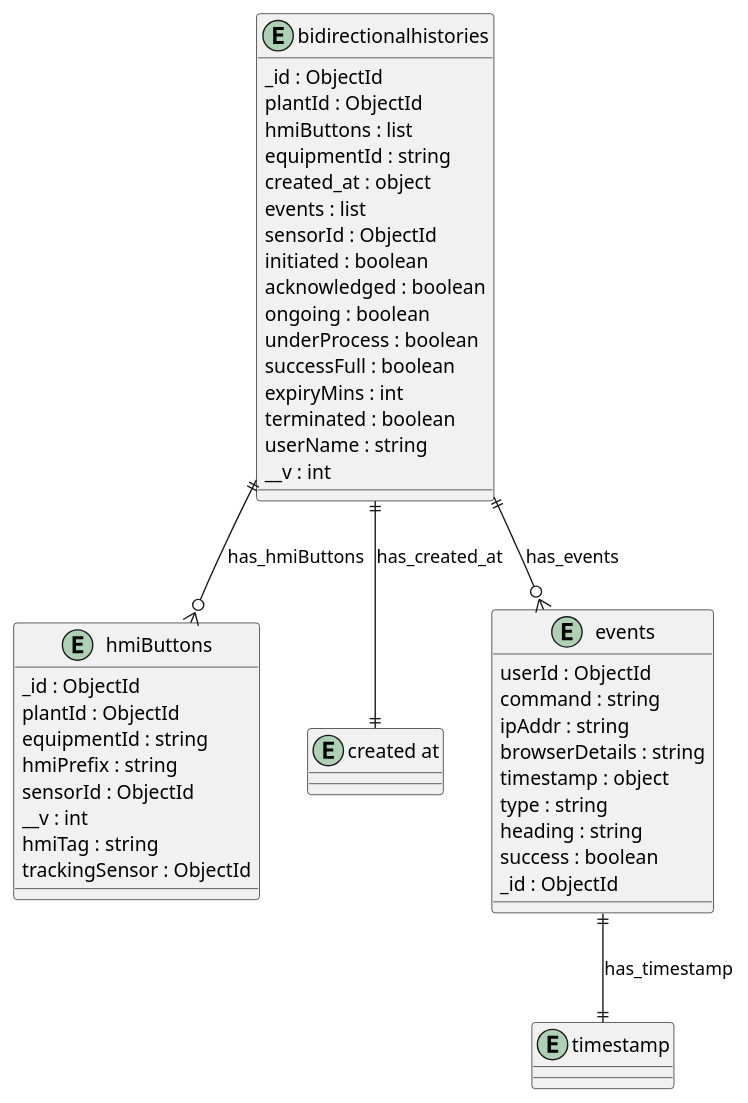
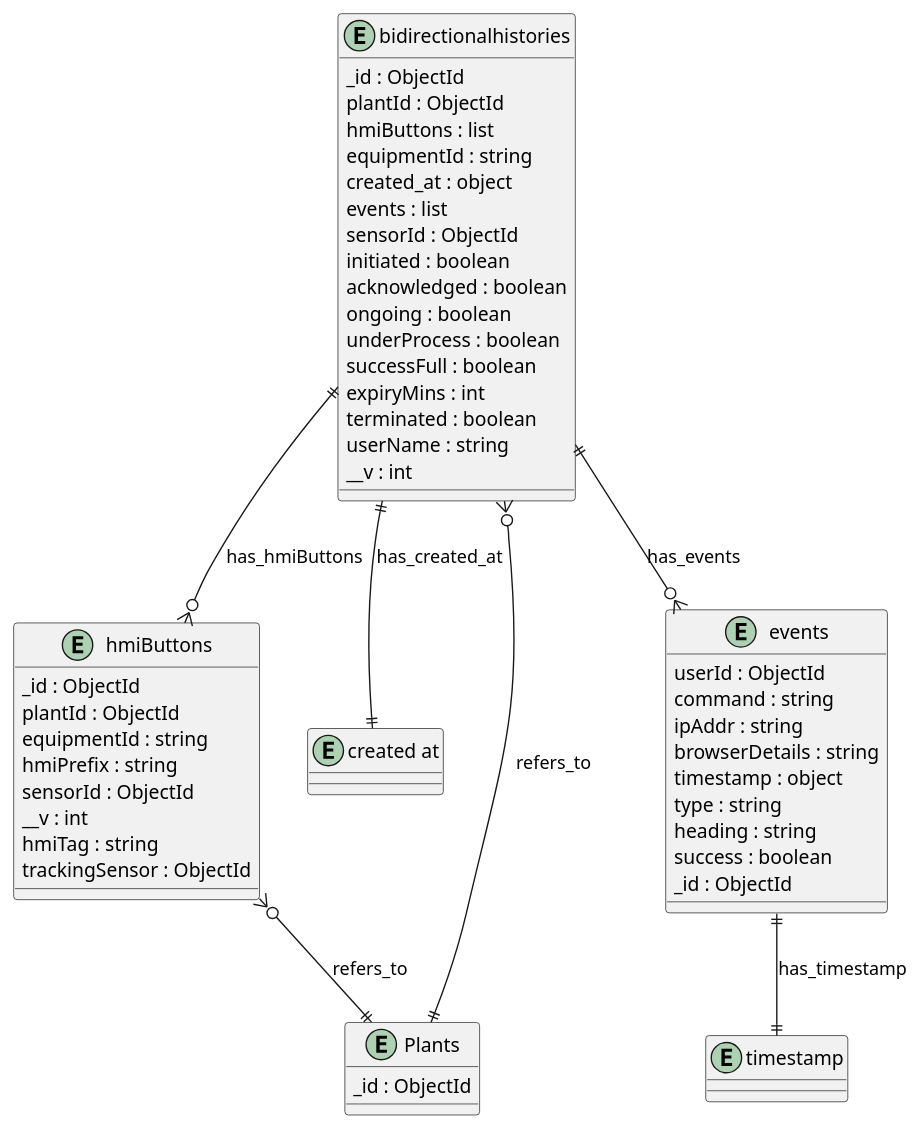
One commit to DigitalPaani/DigitalPaani_ERD changed the diagram in erd_output/BIDIRECTIONALHISTORIES.puml. Above: the diagram before and after it, drawn with PlantUML. The commit also changed 208 other files, not shown here.

```diff
--- a/erd_output/BIDIRECTIONALHISTORIES.puml
+++ b/erd_output/BIDIRECTIONALHISTORIES.puml
@@ -1,56 +1,64 @@
 @startuml bidirectionalhistories_Diagram
 
 entity "bidirectionalhistories" as bidirectionalhistories {
   _id : ObjectId
   plantId : ObjectId
   hmiButtons : list
   equipmentId : string
   created_at : object
   events : list
   sensorId : ObjectId
   initiated : boolean
   acknowledged : boolean
   ongoing : boolean
   underProcess : boolean
   successFull : boolean
   expiryMins : int
   terminated : boolean
   userName : string
   __v : int
 }
 
 entity "hmiButtons" as hmiButtons {
   _id : ObjectId
   plantId : ObjectId
   equipmentId : string
   hmiPrefix : string
   sensorId : ObjectId
   __v : int
   hmiTag : string
   trackingSensor : ObjectId
 }
 
 entity "created at" as created_at {
 }
 
 entity "events" as events {
   userId : ObjectId
   command : string
   ipAddr : string
   browserDetails : string
   timestamp : object
   type : string
   heading : string
   success : boolean
   _id : ObjectId
 }
 
 entity "timestamp" as timestamp {
 }
 
-' // Relationships
+
+' Shared Plant entity
+entity "Plants" as Plants {
+  _id : ObjectId
+}
+
+' Relationships
+bidirectionalhistories }o--|| Plants : refers_to
 bidirectionalhistories ||--o{ hmiButtons : has_hmiButtons
+hmiButtons }o--|| Plants : refers_to
 bidirectionalhistories ||--|| created_at : has_created_at
 bidirectionalhistories ||--o{ events : has_events
 events ||--|| timestamp : has_timestamp
 @enduml
```
